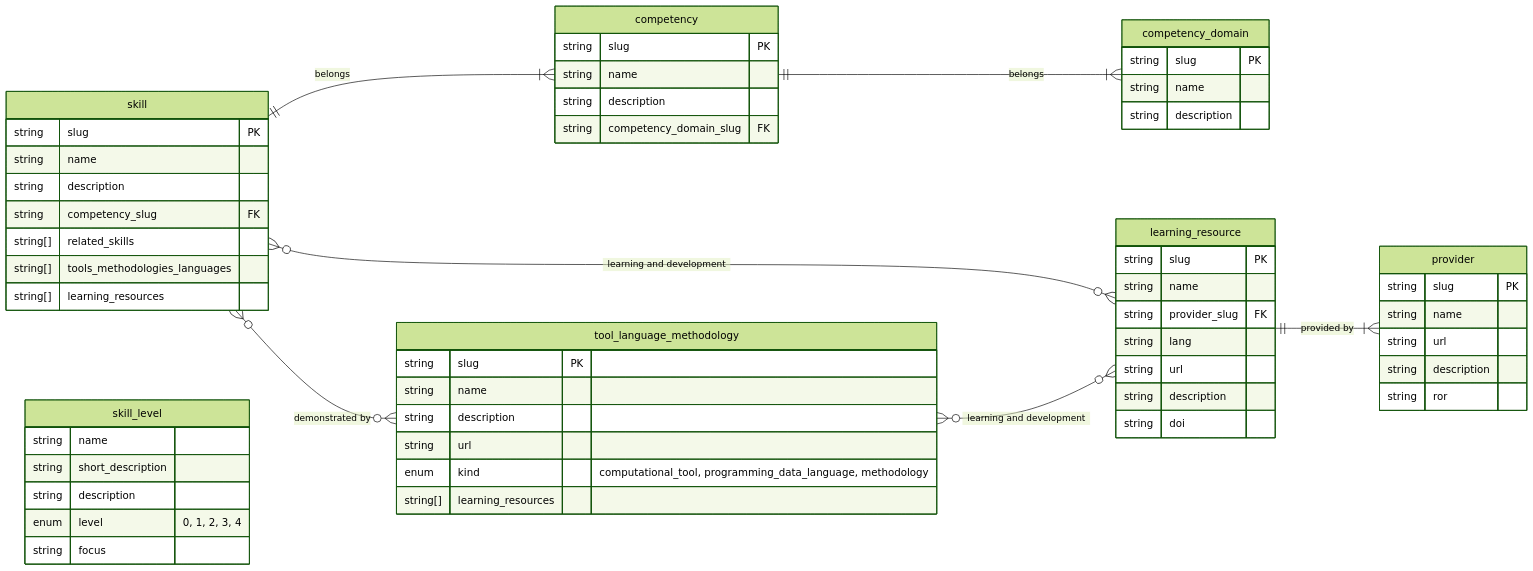
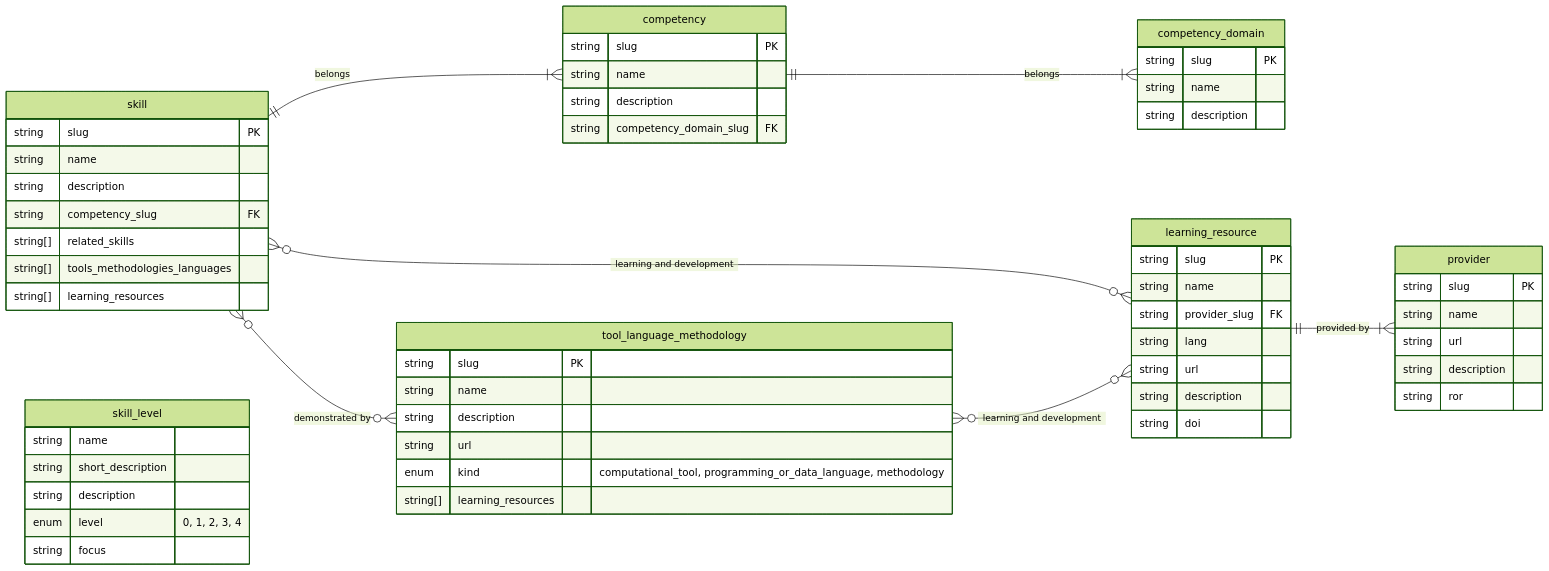
Before and after one commit to direct-framework/digital-research-competencies-framework: the diagram in framework/README.md, drawn with Mermaid (forest theme).

````diff
--- a/framework/README.md
+++ b/framework/README.md
@@ -17,68 +17,68 @@
 ```mermaid
 erDiagram
     direction LR
     competency ||--|{competency_domain : belongs
     skill ||--|{ competency : belongs
     skill }o--o{ tool_language_methodology : "demonstrated by"
     skill }o--o{ learning_resource: "learning and development"
     tool_language_methodology }o--o{ learning_resource : "learning and development"
     learning_resource ||--|{ provider : "provided by"
 
     competency_domain {
             string slug PK
 	    string name
 	    string description
     }
 
     competency {
 	    string slug PK
 	    string name
 	    string description
 	    string competency_domain_slug FK
     }
 
     skill {
 	    string slug PK
 	    string name
 	    string description
 	    string competency_slug FK
             string[] related_skills
             string[] tools_methodologies_languages
             string[] learning_resources
     }
 
     tool_language_methodology {
         string slug PK
         string name
         string description
         string url
-        enum kind "computational_tool, programming_data_language, methodology"
+        enum kind "computational_tool, programming_or_data_language, methodology"
         string[] learning_resources
     }
 
     learning_resource {
         string slug PK
         string name
         string provider_slug FK
         string lang
         string url
         string description
         string doi
     }
 
     provider {
         string slug PK
         string name
         string url
         string description
         string ror
     }
 
     skill_level {
 	    string name
 	    string short_description
 	    string description
             enum level "0, 1, 2, 3, 4"
 		string focus
     }
 ```
````
